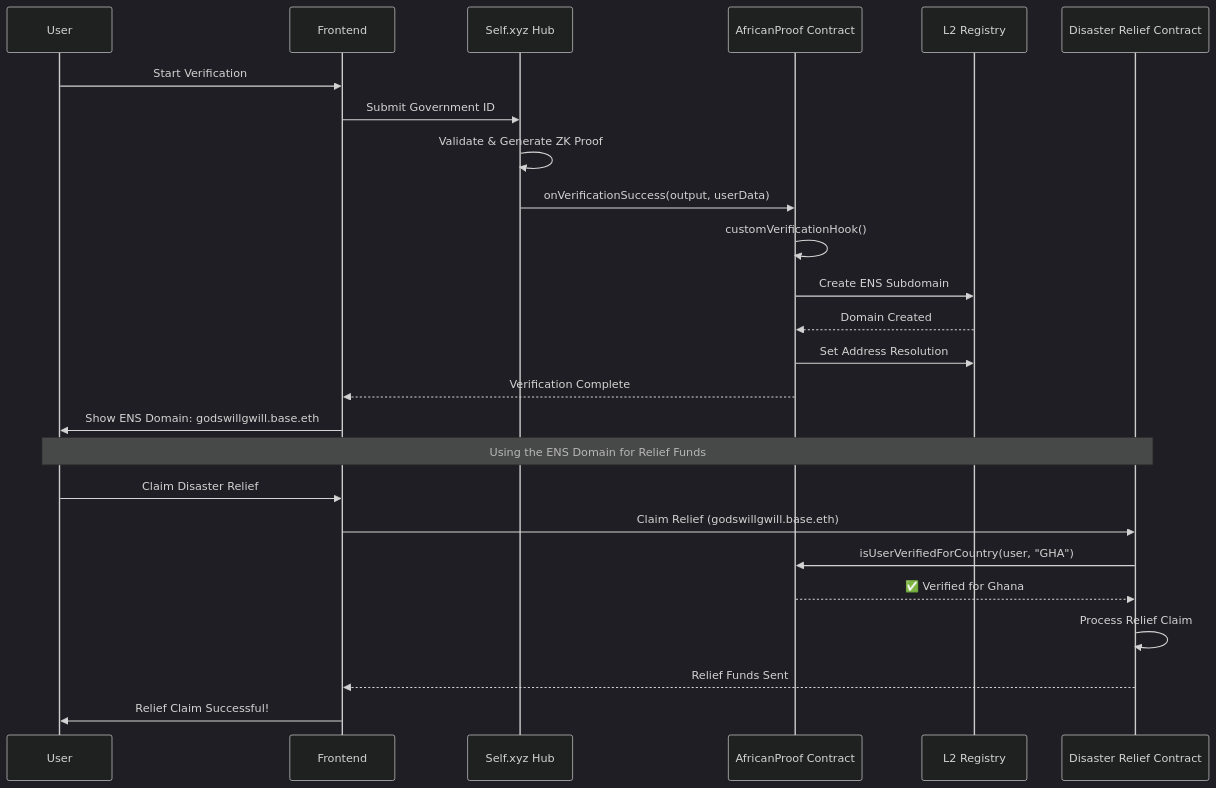
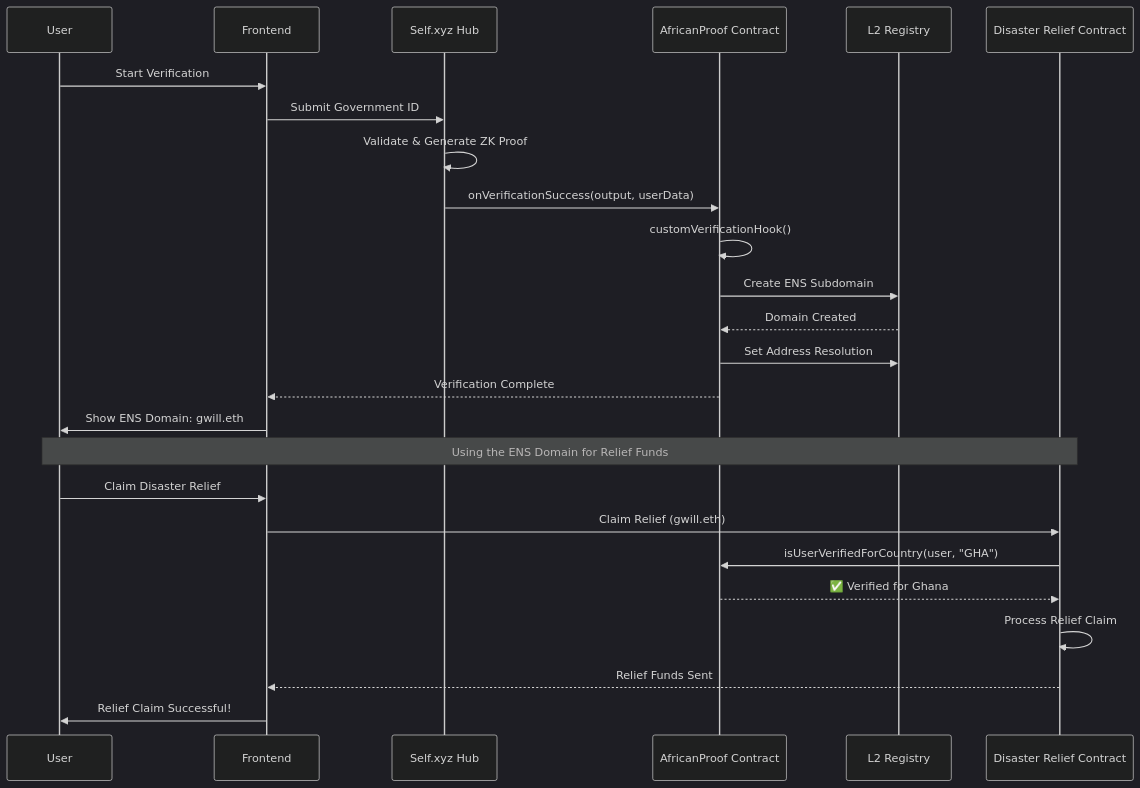
Before and after one commit to big14way/africaproof: the diagram in README.md, drawn with Mermaid (dark theme). The commit also changed other lines of this file and 11 other files, not shown here.

First line of the commit message:
🔄 Update ENS name from godswillgwill.base.eth to gwill.eth

````diff
--- a/README.md
+++ b/README.md
@@ -92,34 +92,34 @@
 ```mermaid
 sequenceDiagram
     participant User
     participant Frontend
     participant SelfHub as Self.xyz Hub
     participant AfricanProof as AfricanProof Contract
     participant L2Registry as L2 Registry
     participant ReliefFund as Disaster Relief Contract
 
     User->>Frontend: Start Verification
     Frontend->>SelfHub: Submit Government ID
     SelfHub->>SelfHub: Validate & Generate ZK Proof
 
     SelfHub->>AfricanProof: onVerificationSuccess(output, userData)
     AfricanProof->>AfricanProof: customVerificationHook()
 
     AfricanProof->>L2Registry: Create ENS Subdomain
     L2Registry-->>AfricanProof: Domain Created
 
     AfricanProof->>L2Registry: Set Address Resolution
     AfricanProof-->>Frontend: Verification Complete
 
-    Frontend->>User: Show ENS Domain: godswillgwill.base.eth
+    Frontend->>User: Show ENS Domain: gwill.eth
 
     Note over User,ReliefFund: Using the ENS Domain for Relief Funds
 
     User->>Frontend: Claim Disaster Relief
-    Frontend->>ReliefFund: Claim Relief (godswillgwill.base.eth)
+    Frontend->>ReliefFund: Claim Relief (gwill.eth)
     ReliefFund->>AfricanProof: isUserVerifiedForCountry(user, "GHA")
     AfricanProof-->>ReliefFund: ✅ Verified for Ghana
     ReliefFund->>ReliefFund: Process Relief Claim
     ReliefFund-->>Frontend: Relief Funds Sent
     Frontend->>User: Relief Claim Successful!
 ```
````
